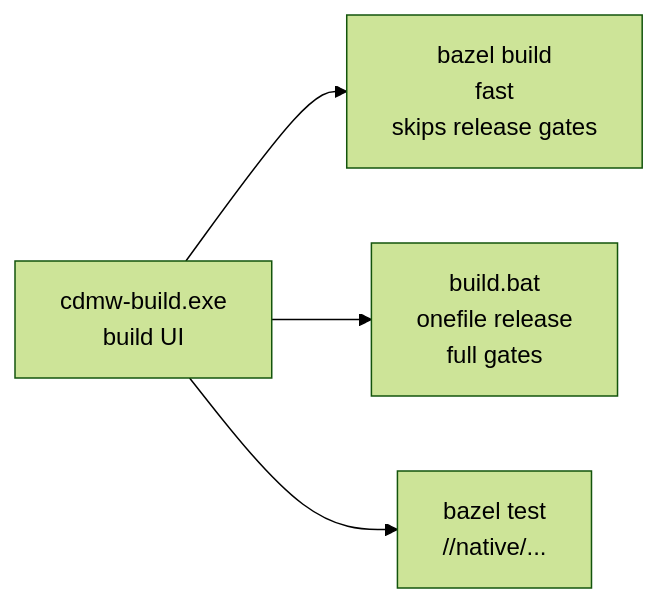
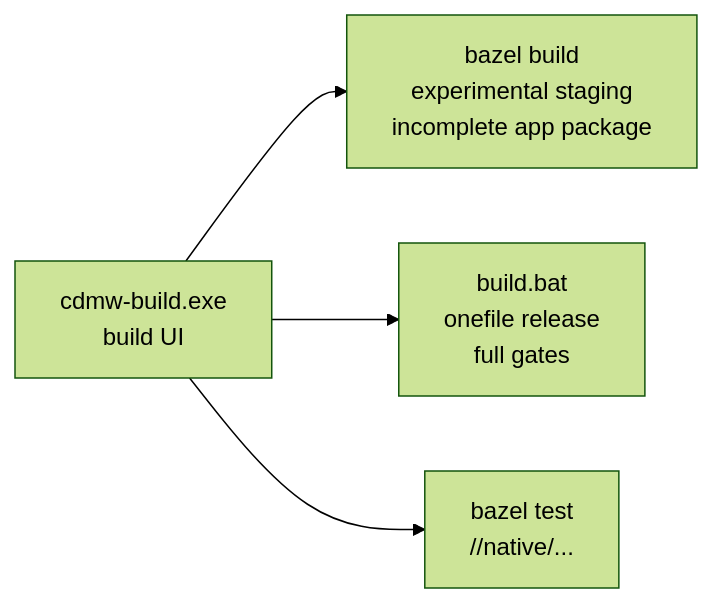
Before and after one commit to Ratty123/CDMW-Full: the fifth of 5 diagrams in README.md, drawn with Mermaid (forest theme). The commit also changed other lines of this file and 45 other files, not shown here.

````diff
--- a/README.md
+++ b/README.md
@@ -346,10 +386,10 @@
 ```mermaid
 flowchart LR
     UIB["cdmw-build.exe<br/>build UI"]
-    BZL["bazel build<br/>fast<br/>skips release gates"]
+    BZL["bazel build<br/>experimental staging<br/>incomplete app package"]
     REL["build.bat<br/>onefile release<br/>full gates"]
     NATIVE_T["bazel test<br/>//native/..."]
     UIB --> BZL
     UIB --> REL
     UIB --> NATIVE_T
 ```
````
